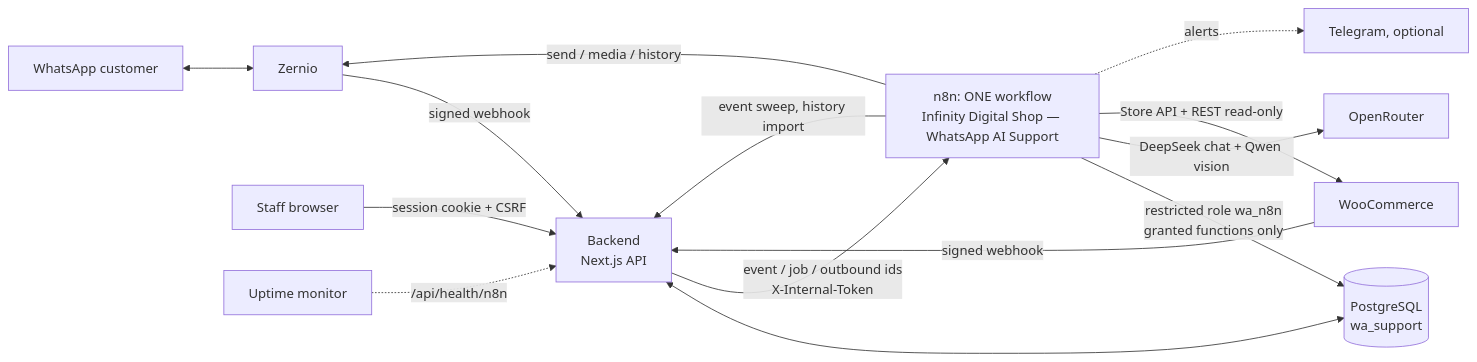
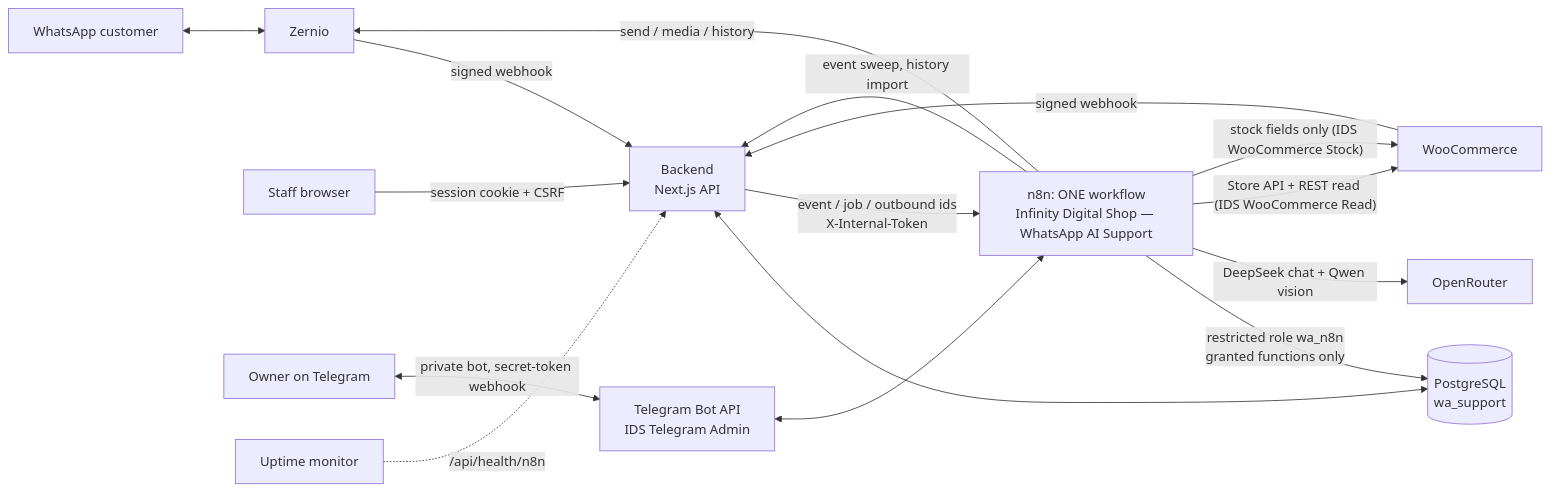
One commit to noobdurjoy/whatn8n changed the diagram in docs/ARCHITECTURE.md. Above: the diagram before and after it, drawn with Mermaid. The commit also changed other lines of this file and 72 other files, not shown here.

First line of the commit message:
Add Telegram admin bot, notifications and stock commands to the single workflow

````diff
--- a/docs/ARCHITECTURE.md
+++ b/docs/ARCHITECTURE.md
@@ -5,16 +5,18 @@
 ```mermaid
 flowchart LR
   WA[WhatsApp customer] <--> Z[Zernio]
   Z -- signed webhook --> BE[Backend<br/>Next.js API]
   WOO[WooCommerce] -- signed webhook --> BE
   BE <--> DB[(PostgreSQL<br/>wa_support)]
   BE -- event / job / outbound ids<br/>X-Internal-Token --> WF[n8n: ONE workflow<br/>Infinity Digital Shop — WhatsApp AI Support]
   WF -- restricted role wa_n8n<br/>granted functions only --> DB
   WF -- send / media / history --> Z
   WF -- DeepSeek chat + Qwen vision --> OR[OpenRouter]
-  WF -- Store API + REST read-only --> WOO
+  WF -- Store API + REST read (IDS WooCommerce Read) --> WOO
+  WF -- stock fields only (IDS WooCommerce Stock) --> WOO
   WF -- event sweep, history import --> BE
   STAFF[Staff browser] -- session cookie + CSRF --> BE
-  WF -. alerts .-> TG[Telegram, optional]
+  OWNER[Owner on Telegram] <-- private bot, secret-token webhook --> TGB[Telegram Bot API<br/>IDS Telegram Admin]
+  TGB <--> WF
   MON[Uptime monitor] -. /api/health/n8n .-> BE
 ```
````
